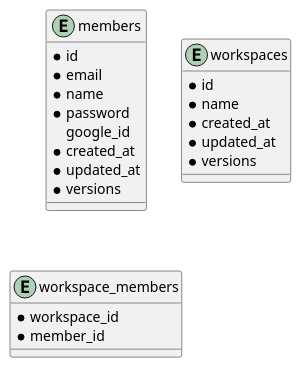
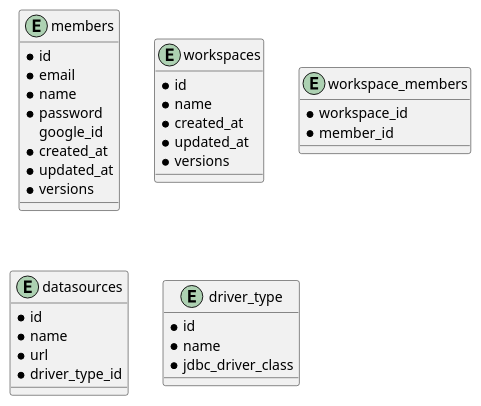
One commit to ijufumi/openreports-api changed the diagram in docs/db/diagram.puml. Above: the diagram before and after it, drawn with PlantUML.

Commit message:
Add tables

```diff
--- a/docs/db/diagram.puml
+++ b/docs/db/diagram.puml
@@ -1,27 +1,40 @@
 @startuml
 
 entity members {
   * id
   * email
   * name
   * password
     google_id
   * created_at
   * updated_at
   * versions
 }
 
 entity workspaces {
   * id
-  * name 
+  * name
   * created_at
   * updated_at
   * versions
 }
 
 entity workspace_members {
   * workspace_id
   * member_id
 }
 
+entity datasources {
+  * id
+  * name
+  * url
+  * driver_type_id
+}
+
+entity driver_type {
+  * id
+  * name
+  * jdbc_driver_class
+}
+
 @enduml
```
